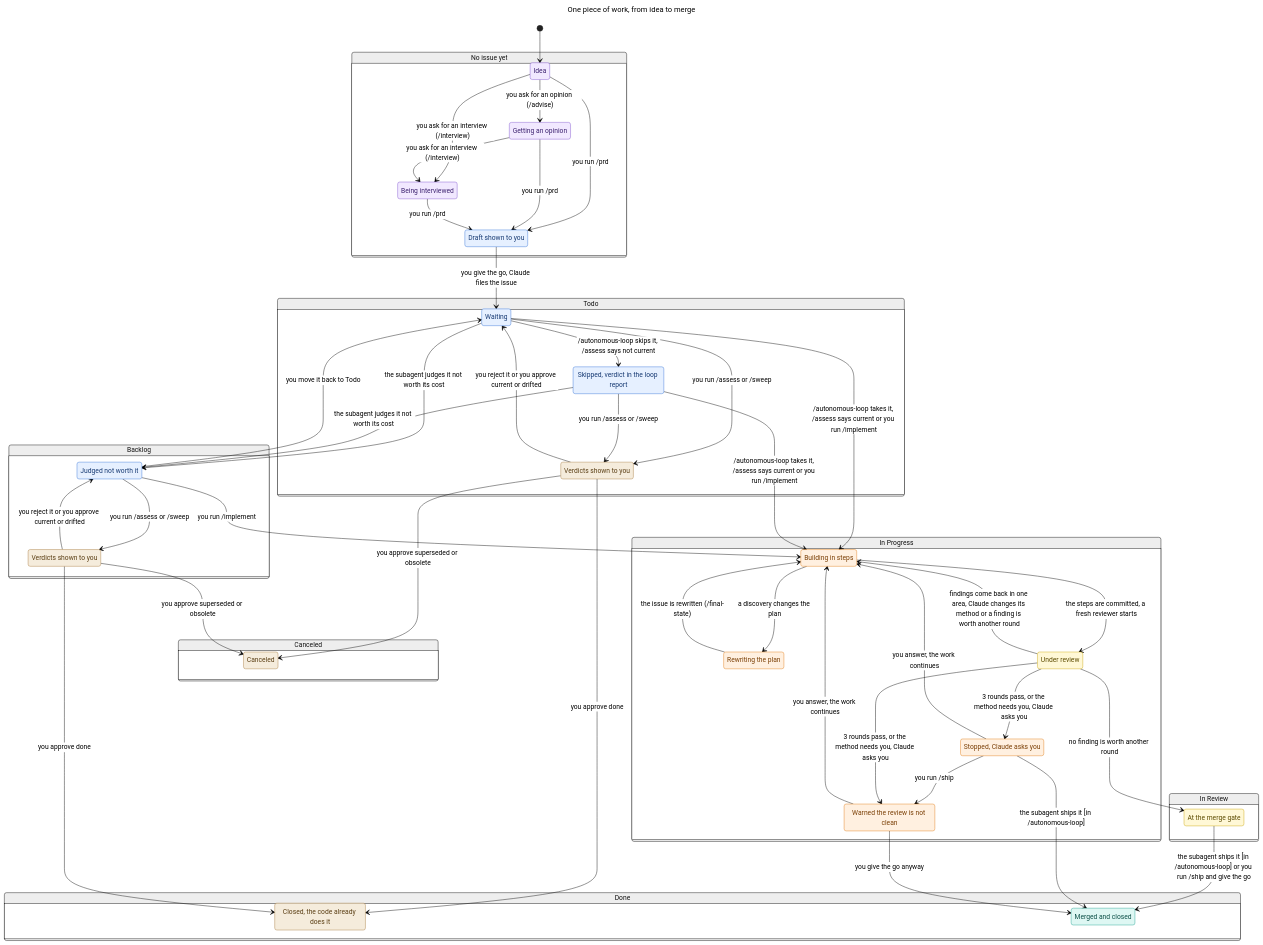
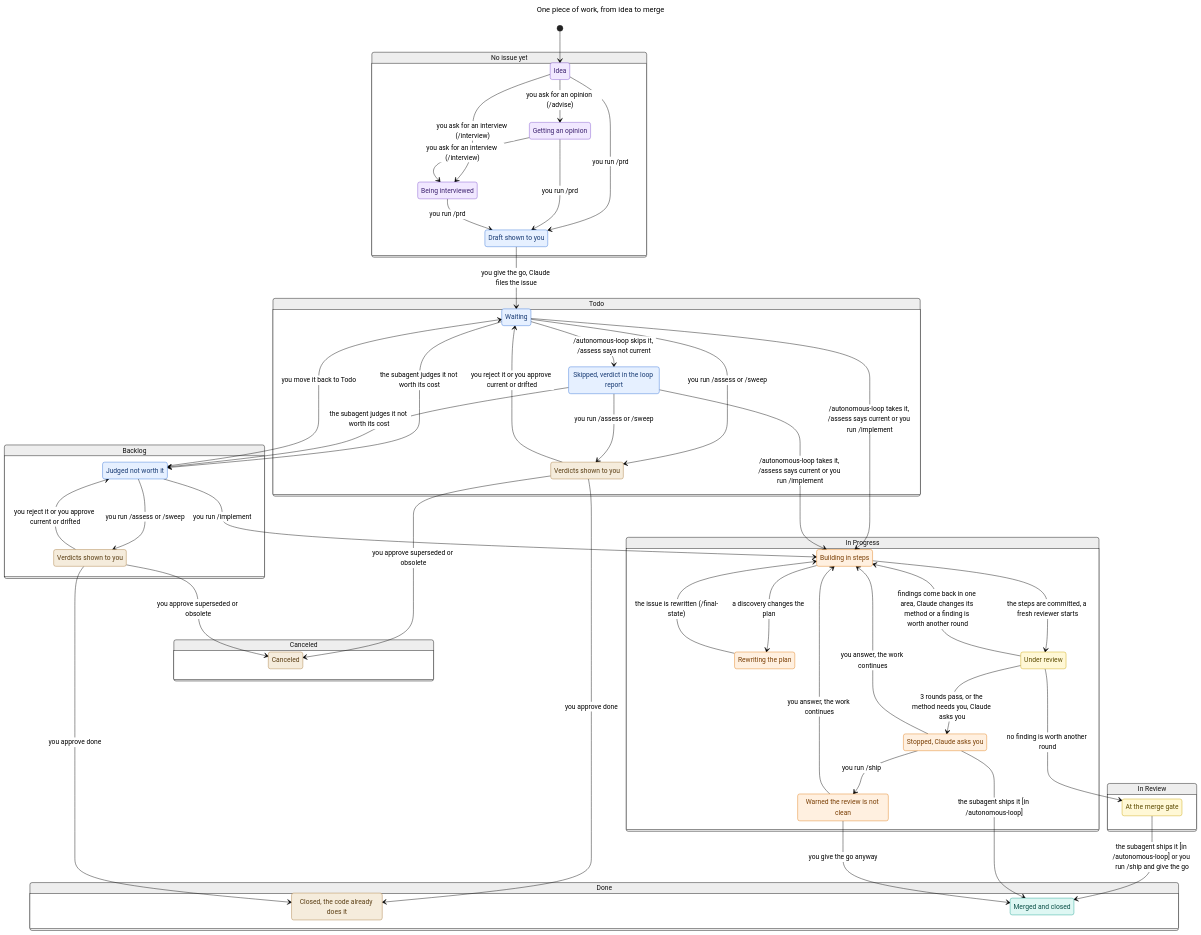
Before and after one commit to felipeam86/pipe-skills: the second of 2 diagrams in README.md, drawn with Mermaid (neutral theme). The commit also changed 1 other file, not shown here.

Commit message:
GH-10: Clear the warning of ship when the work continues after you answer
Review round 3 found that the model kept the warning of ship after you answer and the work continues, so a later stop could merge with no new warning. ship reads the merge-gate verdict each time it runs, so the answer now clears the warning.

Validation: TLC holds every rule and finds no deadlock on Lifecycle.cfg and Lifecycle-main.cfg. The full chart changed: the edge from review to the warned state is gone. The main chart did not change. Both charts in README.md equal the TLC output, with the README colors. No skill text changed.

```diff
--- a/README.md
+++ b/README.md
@@ -187,7 +187,6 @@
   s13 --> s14: you run /ship
   s14 --> s10: you answer, the work continues
   s14 --> s22: you give the go anyway
-  s12 --> s14: 3 rounds pass, or the method needs you, Claude asks you
   classDef purple fill:#f1e8ff,stroke:#7c4dcc,color:#3d2370
   classDef blue fill:#e6f0ff,stroke:#2f6fd6,color:#173a73
   classDef tan fill:#f5ecdc,stroke:#a6793a,color:#5a3e14
```
